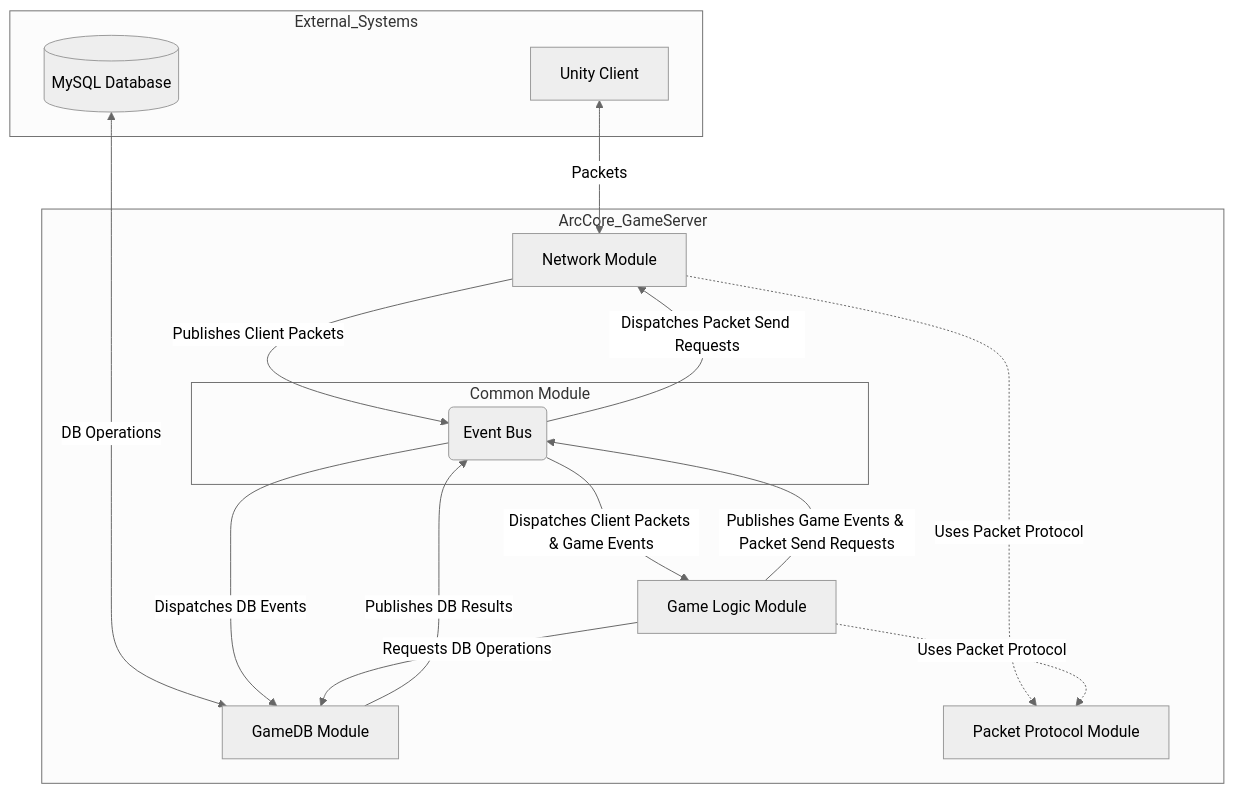
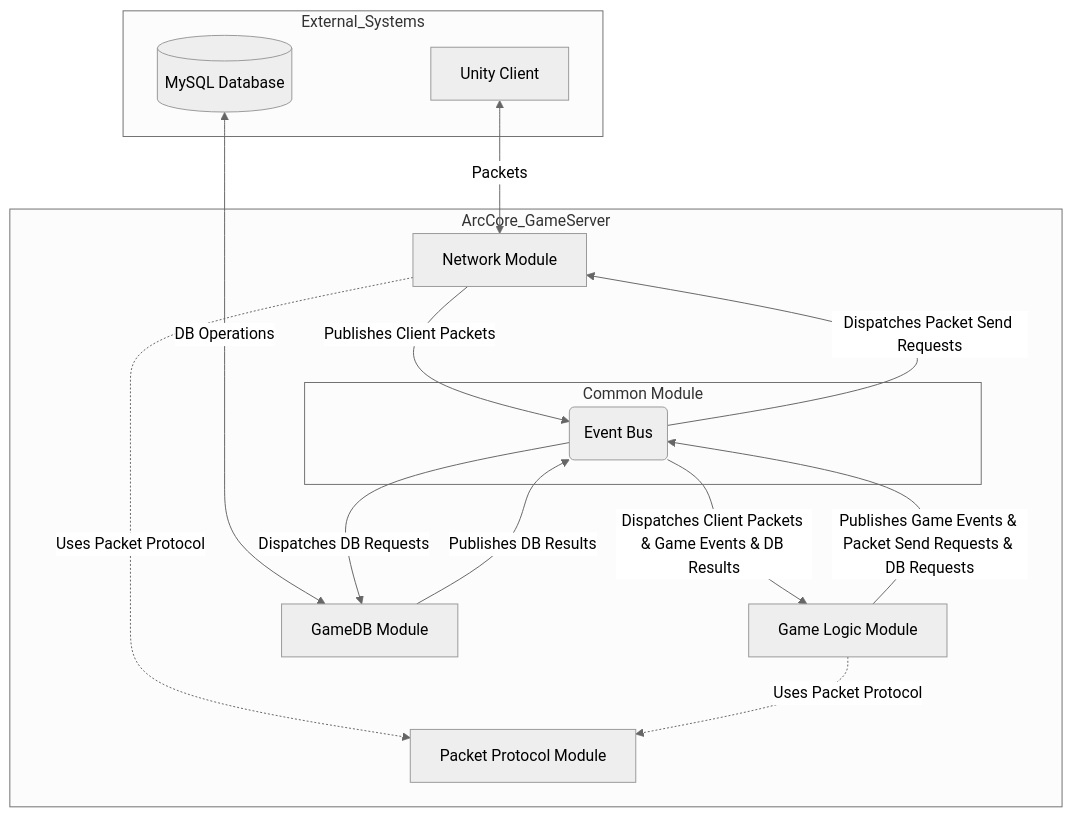
One commit to nansu0425/ArcCore changed the diagram in Documentation/Architecture_Design.md. Above: the diagram before and after it, drawn with Mermaid (neutral theme).

Commit message:
docs: update Architecture_Design.md to clarify EventBus interactions and DB request handling

````diff
--- a/Documentation/Architecture_Design.md
+++ b/Documentation/Architecture_Design.md
@@ -19,35 +19,33 @@
 ```mermaid
 graph TD
     subgraph External_Systems
         Client[Unity Client]
         Database[(MySQL Database)]
     end
 
     subgraph ArcCore_GameServer
         NetworkModule[Network Module]
         GameLogicModule[Game Logic Module]
         GameDBModule[GameDB Module]
 
         subgraph CommonModule[Common Module]
             EventBus(Event Bus)
         end
 
         PacketProtocolModule[Packet Protocol Module]
     end
 
     Client <-->|Packets| NetworkModule
     Database <-->|DB Operations| GameDBModule
 
     NetworkModule -- Publishes Client Packets --> EventBus
-    GameLogicModule -- Publishes Game Events & Packet Send Requests --> EventBus
+    GameLogicModule -- Publishes Game Events & Packet Send Requests & DB Requests --> EventBus
     GameDBModule -- Publishes DB Results --> EventBus
 
-    EventBus -- Dispatches Client Packets & Game Events --> GameLogicModule
-    EventBus -- Dispatches DB Events --> GameDBModule
+    EventBus -- Dispatches Client Packets & Game Events & DB Results --> GameLogicModule
+    EventBus -- Dispatches DB Requests --> GameDBModule
     EventBus -- Dispatches Packet Send Requests --> NetworkModule
-
-    GameLogicModule -->|Requests DB Operations| GameDBModule
 
     NetworkModule -.->|Uses Packet Protocol| PacketProtocolModule
     GameLogicModule -.->|Uses Packet Protocol| PacketProtocolModule
 ```
````
